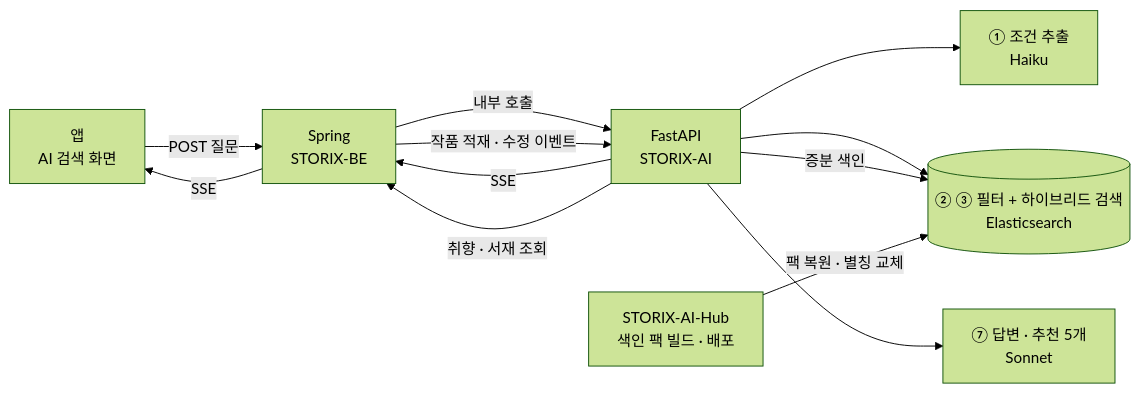
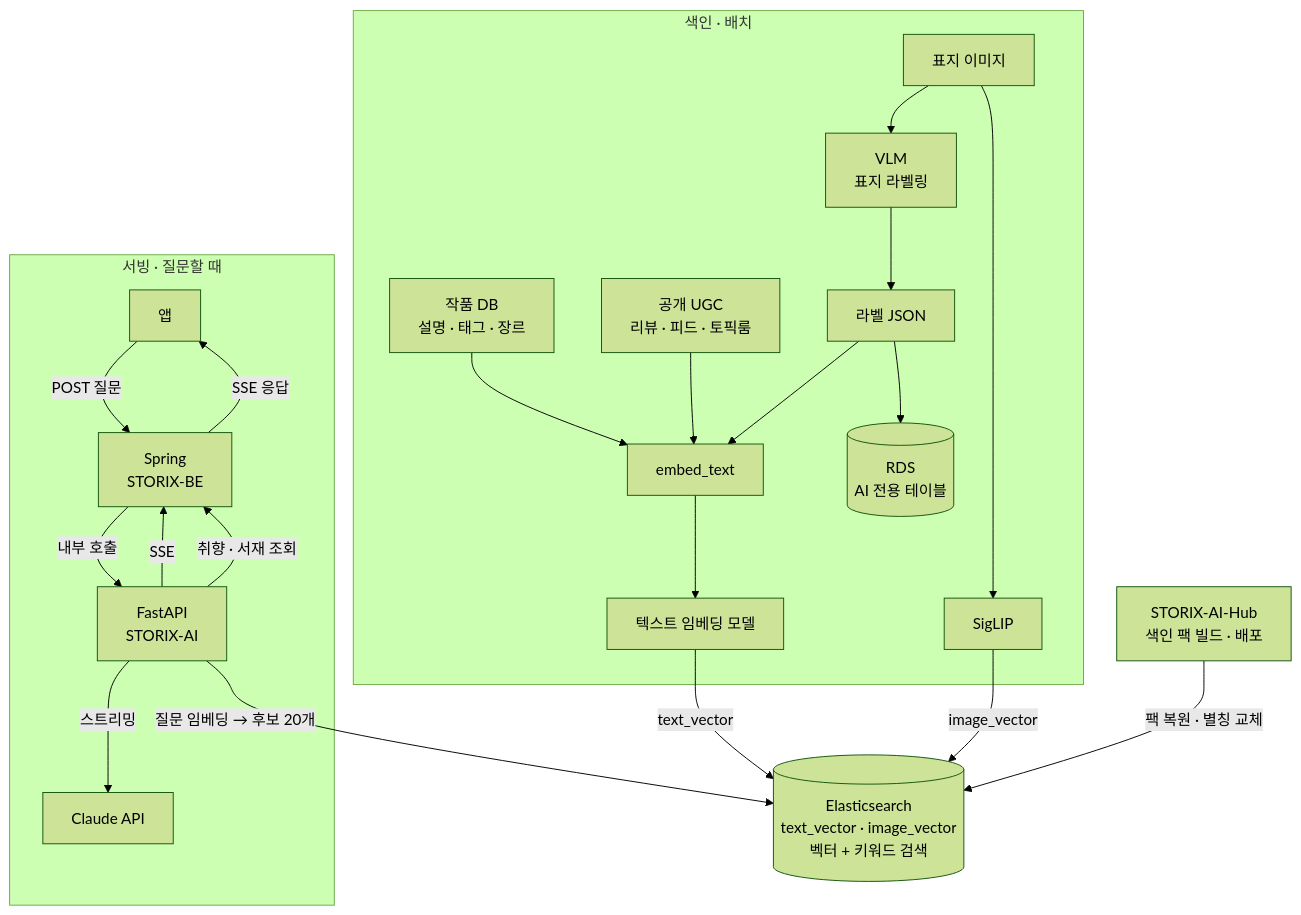
The first of 2 diagrams in docs/architecture.md (Team-STORIX/STORIX-AI), drawn with Mermaid (forest theme) before and after one commit. The commit also changed other lines of this file and 9 other files, not shown here.

````diff
--- a/docs/architecture.md
+++ b/docs/architecture.md
@@ -13,14 +13,41 @@
 ```mermaid
-flowchart LR
-  APP["앱<br/>AI 검색 화면"] -- "POST 질문" --> SP["Spring<br/>STORIX-BE"]
-  SP -- "SSE" --> APP
-  SP -- "내부 호출" --> FA["FastAPI<br/>STORIX-AI"]
-  FA -- "SSE" --> SP
-  FA --> QU["① 조건 추출<br/>Haiku"]
-  FA --> ES[("② ③ 필터 + 하이브리드 검색<br/>Elasticsearch")]
-  FA --> CL["⑦ 답변 · 추천 5개<br/>Sonnet"]
-  FA -- "취향 · 서재 조회" --> SP
-  SP -- "작품 적재 · 수정 이벤트" --> FA
-  FA -- "증분 색인" --> ES
+flowchart TB
+  subgraph IDX["색인 · 배치"]
+    W["작품 DB<br/>설명 · 태그 · 장르"]
+    U["공개 UGC<br/>리뷰 · 피드 · 토픽룸"]
+    C["표지 이미지"]
+    VLM["VLM<br/>표지 라벨링"]
+    LBL["라벨 JSON"]
+    ET["embed_text"]
+    TE["텍스트 임베딩 모델"]
+    SIG["SigLIP"]
+    RDS[("RDS<br/>AI 전용 테이블")]
+    C --> VLM --> LBL
+    LBL --> RDS
+    W --> ET
+    U --> ET
+    LBL --> ET
+    ET --> TE
+    C --> SIG
+  end
+
+  ES[("Elasticsearch<br/>text_vector · image_vector<br/>벡터 + 키워드 검색")]
+  TE -- text_vector --> ES
+  SIG -- image_vector --> ES
+
+  subgraph SRV["서빙 · 질문할 때"]
+    APP["앱"]
+    SP["Spring<br/>STORIX-BE"]
+    FA["FastAPI<br/>STORIX-AI"]
+    CL["Claude API"]
+    APP -- POST 질문 --> SP
+    SP -- SSE 응답 --> APP
+    SP -- 내부 호출 --> FA
+    FA -- SSE --> SP
+    FA -- 스트리밍 --> CL
+    FA -- "취향 · 서재 조회" --> SP
+  end
+
+  FA -- "질문 임베딩 → 후보 20개" --> ES
   HUB["STORIX-AI-Hub<br/>색인 팩 빌드 · 배포"] -- "팩 복원 · 별칭 교체" --> ES
 ```
````
